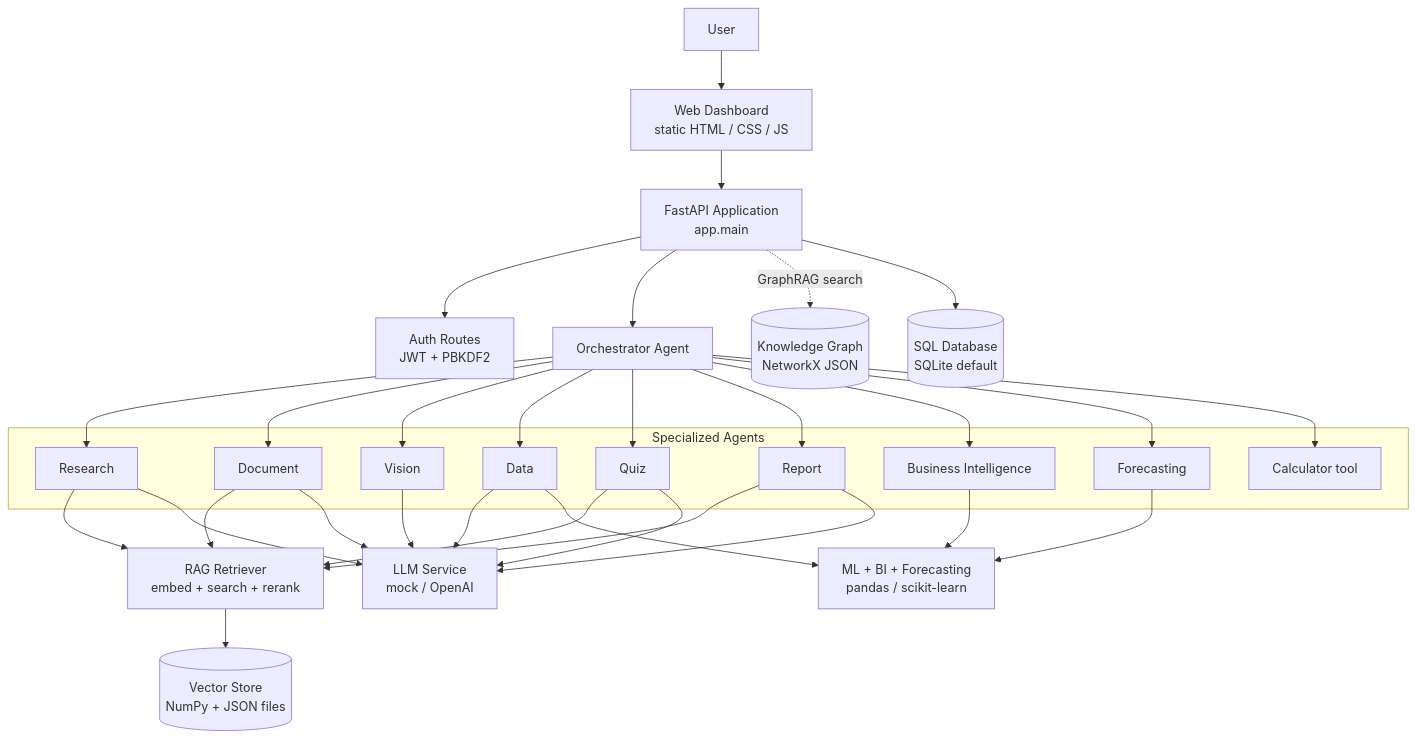
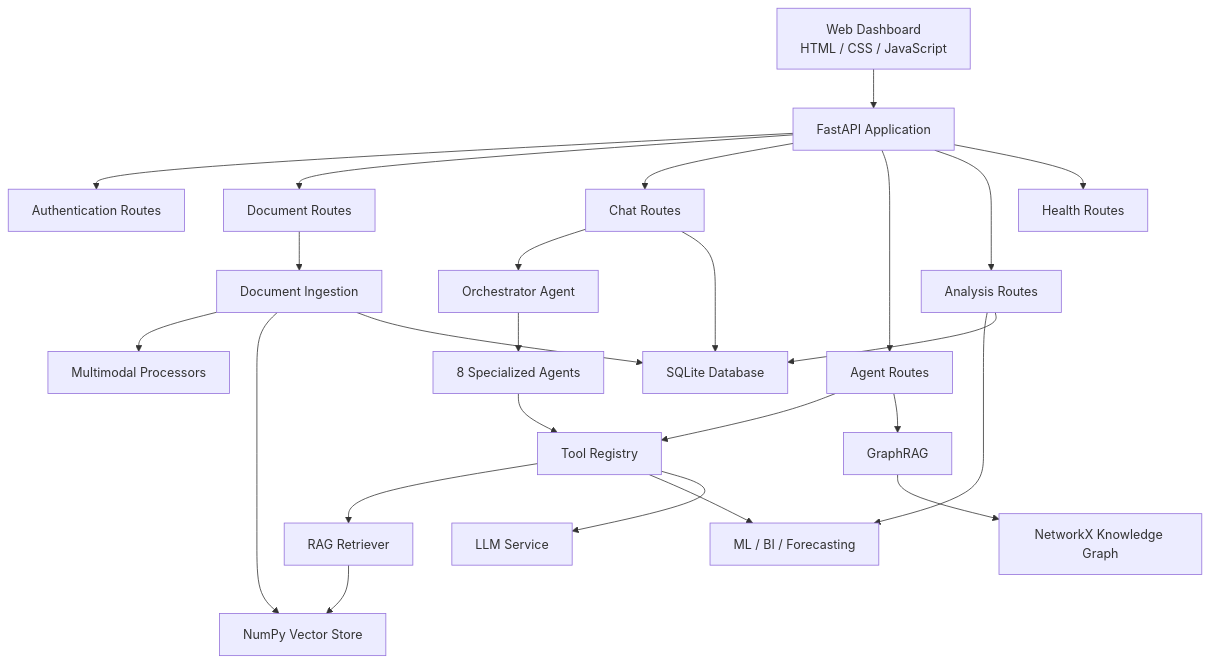
The first of 6 diagrams in README.md (youzaahsan/MultiMind-AI), drawn with Mermaid before and after one commit. The commit also changed other lines of this file, not shown here.

````diff
--- a/README.md
+++ b/README.md
@@ -102,38 +142,37 @@
 ```mermaid
-flowchart TB
-    USER[User]
-    UI[Web Dashboard<br/>static HTML / CSS / JS]
-    API[FastAPI Application<br/>app.main]
-    AUTH[Auth Routes<br/>JWT + PBKDF2]
-    ORCH[Orchestrator Agent]
+flowchart TD
 
-    subgraph AGENTS[Specialized Agents]
-        RES[Research]
-        DOC[Document]
-        VIS[Vision]
-        DAT[Data]
-        QZ[Quiz]
-        REP[Report]
-        BIA[Business Intelligence]
-        FC[Forecasting]
-        CALC[Calculator tool]
-    end
+    UI["Web Dashboard<br/>HTML / CSS / JavaScript"]
+        --> API["FastAPI Application"]
 
-    LLM[LLM Service<br/>mock / OpenAI]
-    RAG[RAG Retriever<br/>embed + search + rerank]
-    VS[(Vector Store<br/>NumPy + JSON files)]
-    KG[(Knowledge Graph<br/>NetworkX JSON)]
-    DB[(SQL Database<br/>SQLite default)]
-    ML[ML + BI + Forecasting<br/>pandas / scikit-learn]
+    API --> AUTH["Authentication Routes"]
+    API --> DOC["Document Routes"]
+    API --> CHAT["Chat Routes"]
+    API --> AGENTS["Agent Routes"]
+    API --> ANALYSIS["Analysis Routes"]
+    API --> HEALTH["Health Routes"]
 
-    USER --> UI --> API
-    API --> AUTH
-    API --> ORCH
-    ORCH --> RES & DOC & VIS & DAT & QZ & REP & BIA & FC & CALC
-    RES & DOC & QZ & REP --> RAG
-    RAG --> VS
-    API -. GraphRAG search .-> KG
-    RES & DOC & VIS & DAT & QZ & REP --> LLM
-    BIA & DAT & FC --> ML
-    API --> DB
+    DOC --> ING["Document Ingestion"]
+    CHAT --> ORCH["Orchestrator Agent"]
+    AGENTS --> TOOLS["Tool Registry"]
+    ANALYSIS --> ML["ML / BI / Forecasting"]
+
+    ORCH --> SPECIALIZED["8 Specialized Agents"]
+
+    SPECIALIZED --> TOOLS
+    TOOLS --> RAG["RAG Retriever"]
+    TOOLS --> ML
+    TOOLS --> LLM["LLM Service"]
+
+    ING --> PROCESSORS["Multimodal Processors"]
+    ING --> VECTOR["NumPy Vector Store"]
+    ING --> DB["SQLite Database"]
+
+    RAG --> VECTOR
+
+    AGENTS --> GRAPH["GraphRAG"]
+    GRAPH --> KG["NetworkX Knowledge Graph"]
+
+    CHAT --> DB
+    ANALYSIS --> DB
 ```
````
